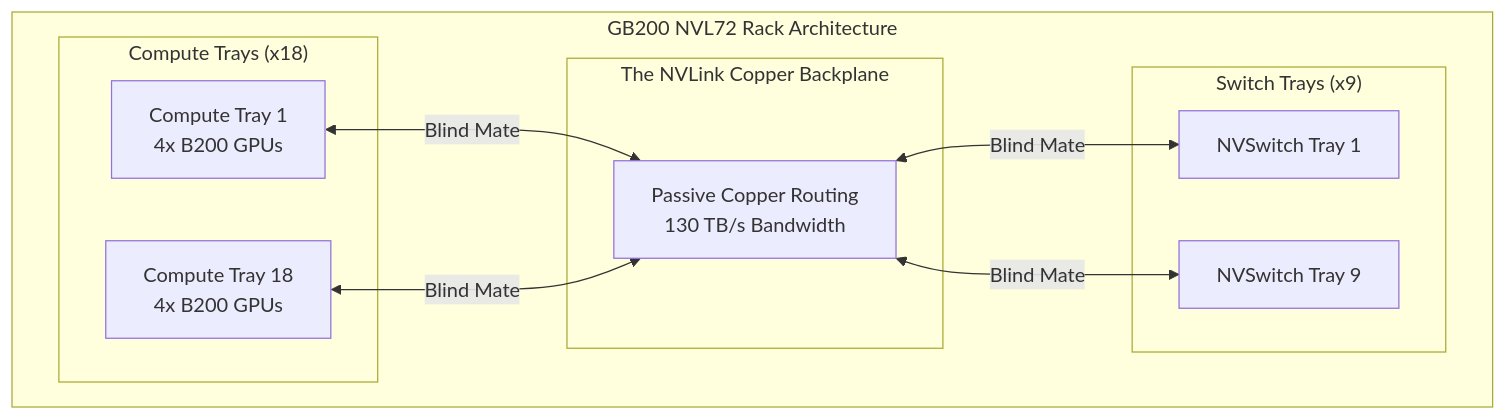
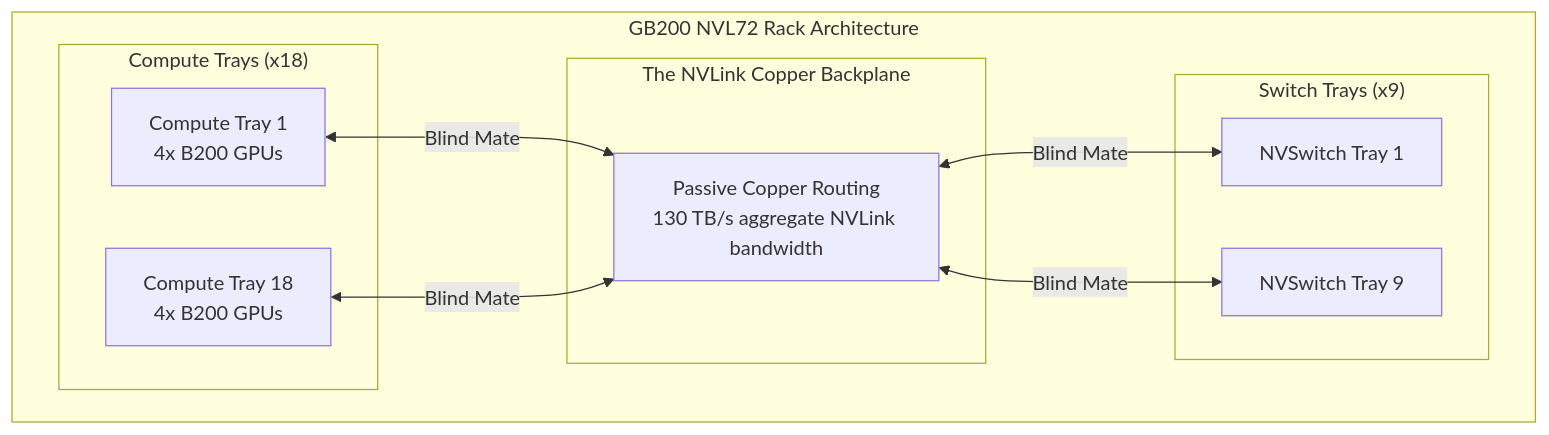
One commit to jithinpnjm/nvidia-devops changed the diagram in docs/nvidia-zero-to-hero/volume-06/chapter-07-gb200-nvl72-rack-scale-architecture.md. Above: the diagram before and after it, drawn with Mermaid. The commit also changed other lines of this file and 289 other files, not shown here.

````diff
--- a/docs/nvidia-zero-to-hero/volume-06/chapter-07-gb200-nvl72-rack-scale-architecture.md
+++ b/docs/nvidia-zero-to-hero/volume-06/chapter-07-gb200-nvl72-rack-scale-architecture.md
@@ -61,26 +61,26 @@
 ```mermaid
 flowchart LR
     subgraph "GB200 NVL72 Rack Architecture"
         direction LR
         
         subgraph "Compute Trays (x18)"
             C1[Compute Tray 1<br>4x B200 GPUs]
             C18[Compute Tray 18<br>4x B200 GPUs]
         end
         
         subgraph "The NVLink Copper Backplane"
-            BP[Passive Copper Routing<br>130 TB/s Bandwidth]
+            BP[Passive Copper Routing<br>130 TB/s aggregate NVLink bandwidth]
         end
         
         subgraph "Switch Trays (x9)"
             S1[NVSwitch Tray 1]
             S9[NVSwitch Tray 9]
         end
         
         C1 <-->|Blind Mate| BP
         C18 <-->|Blind Mate| BP
         
         BP <-->|Blind Mate| S1
         BP <-->|Blind Mate| S9
     end
 ```
````
